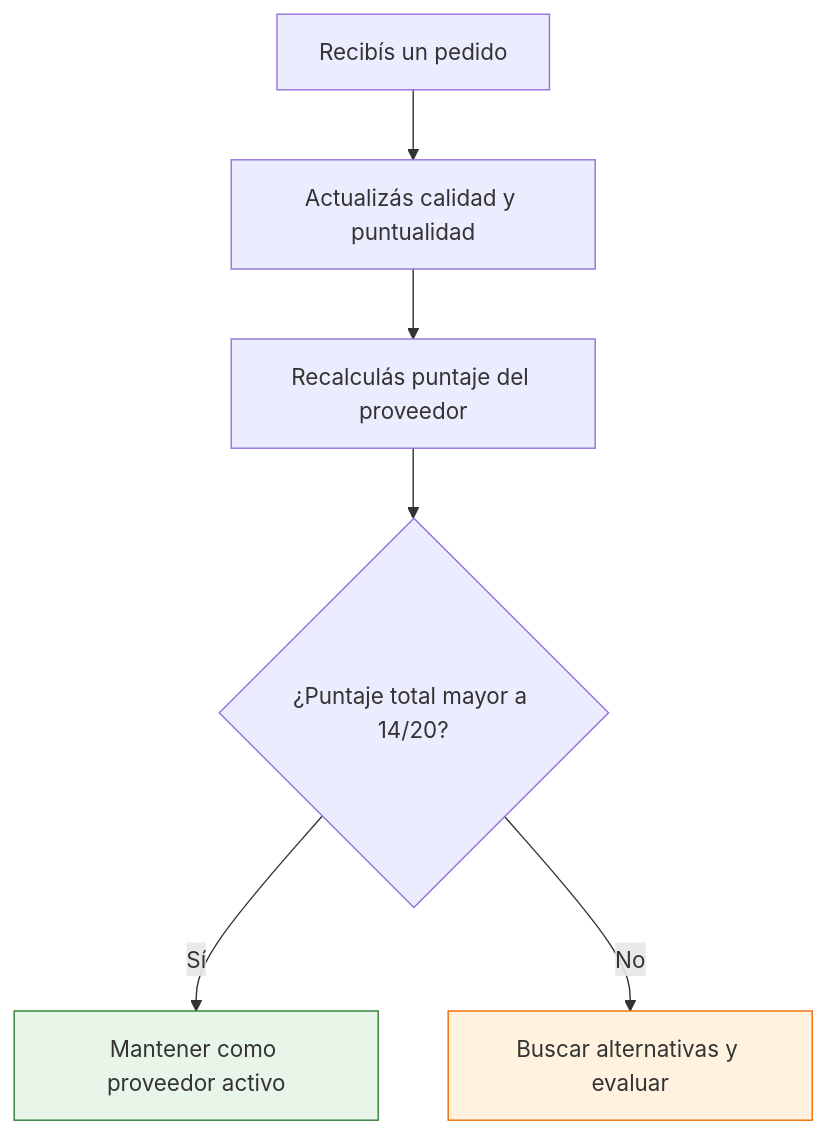
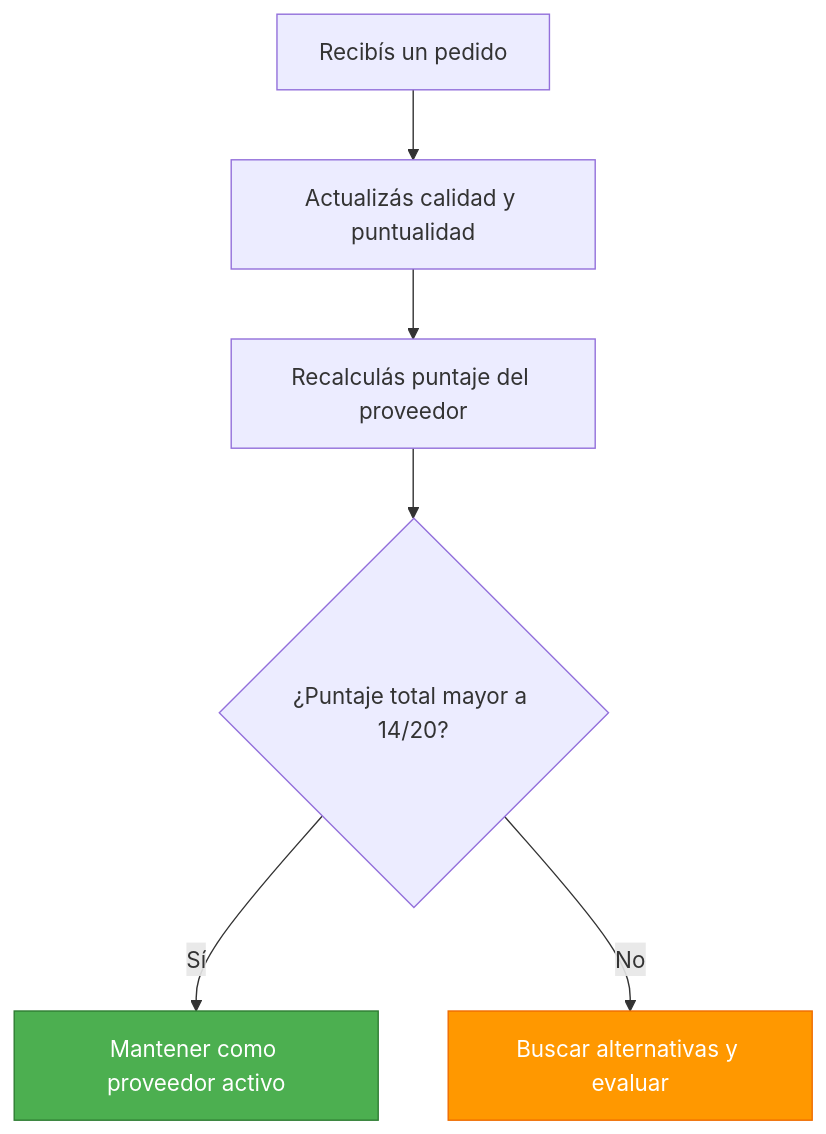
The diagram in app/paso1-argentina/evaluar-negociar/registro-proveedores.mdx (barrosignacioezequiel-coder/docs), drawn with Mermaid before and after one commit. The commit also changed 66 other files, not shown here.

First line of the commit message:
fix: resolve Mermaid v11 numbered list errors + improve contrast

````diff
--- a/app/paso1-argentina/evaluar-negociar/registro-proveedores.mdx
+++ b/app/paso1-argentina/evaluar-negociar/registro-proveedores.mdx
@@ -166,11 +166,11 @@
 ```mermaid
 graph TD
     A["Recibís un pedido"] --> B["Actualizás calidad y puntualidad"]
     B --> C["Recalculás puntaje del proveedor"]
     C --> D{"¿Puntaje total mayor a 14/20?"}
     D -->|Sí| E["Mantener como proveedor activo"]
     D -->|No| F["Buscar alternativas y evaluar"]
 
-    style E fill:#e8f5e9,stroke:#2e7d32
-    style F fill:#fff3e0,stroke:#ef6c00
+    style E fill:#4caf50,stroke:#2e7d32,color:#fff
+    style F fill:#ff9800,stroke:#ef6c00,color:#fff
 ```
````
